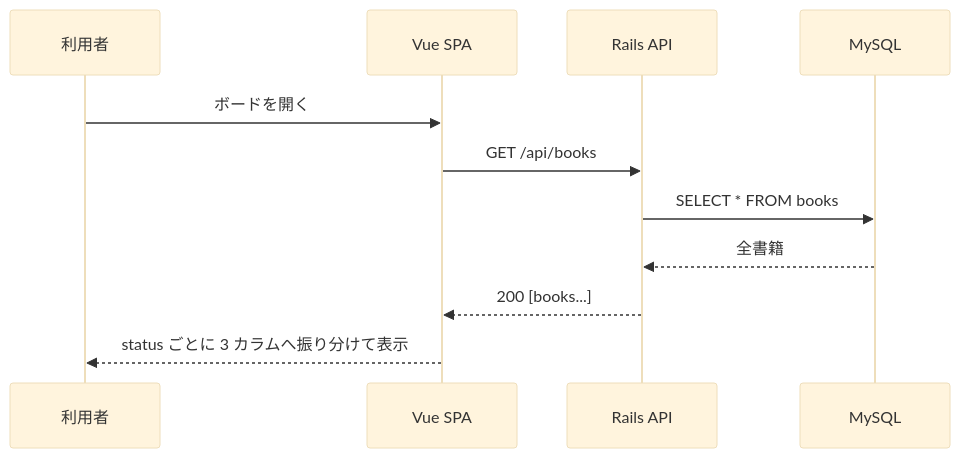
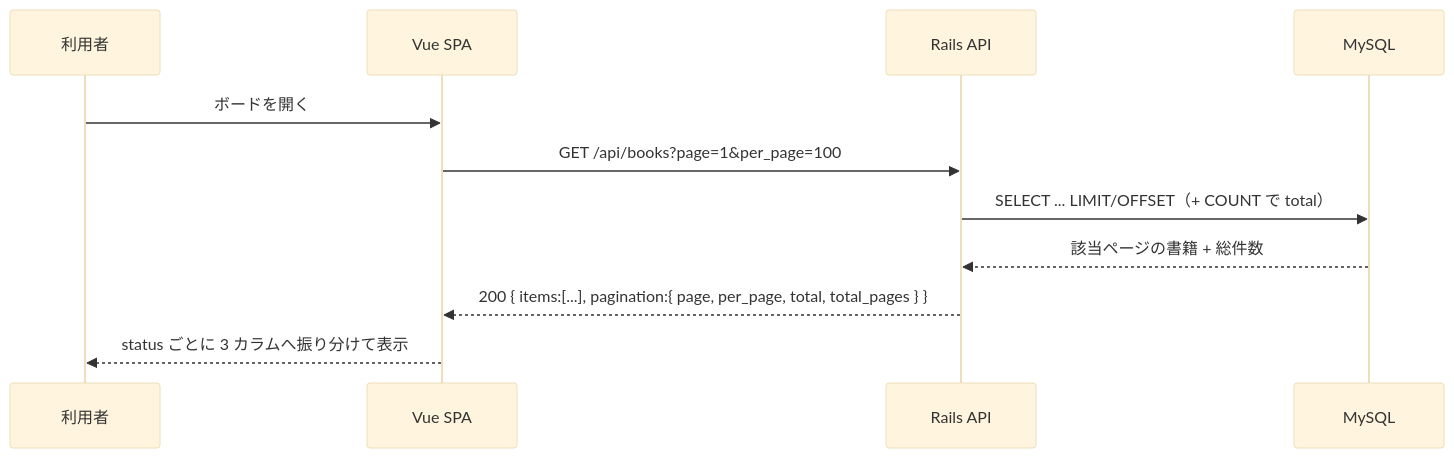
Before and after one commit to adamaru-code/reading-board: the fifth of 7 diagrams in docs/basic-design.md, drawn with Mermaid (base theme). The commit also changed other lines of this file, not shown here.

First line of the commit message:
docs: 基本設計の API 表に reorder とページングを反映 (#100)

````diff
--- a/docs/basic-design.md
+++ b/docs/basic-design.md
@@ -121,13 +121,13 @@
 ```mermaid
 sequenceDiagram
     participant U as 利用者
     participant V as Vue SPA
     participant R as Rails API
     participant D as MySQL
     U->>V: ボードを開く
-    V->>R: GET /api/books
-    R->>D: SELECT * FROM books
-    D-->>R: 全書籍
-    R-->>V: 200 [books...]
+    V->>R: GET /api/books?page=1&per_page=100
+    R->>D: SELECT ... LIMIT/OFFSET（+ COUNT で total）
+    D-->>R: 該当ページの書籍 + 総件数
+    R-->>V: 200 { items:[...], pagination:{ page, per_page, total, total_pages } }
     V-->>U: status ごとに 3 カラムへ振り分けて表示
 ```
````
